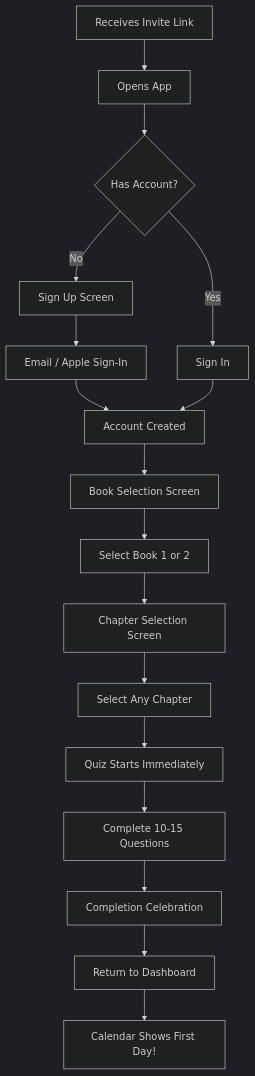
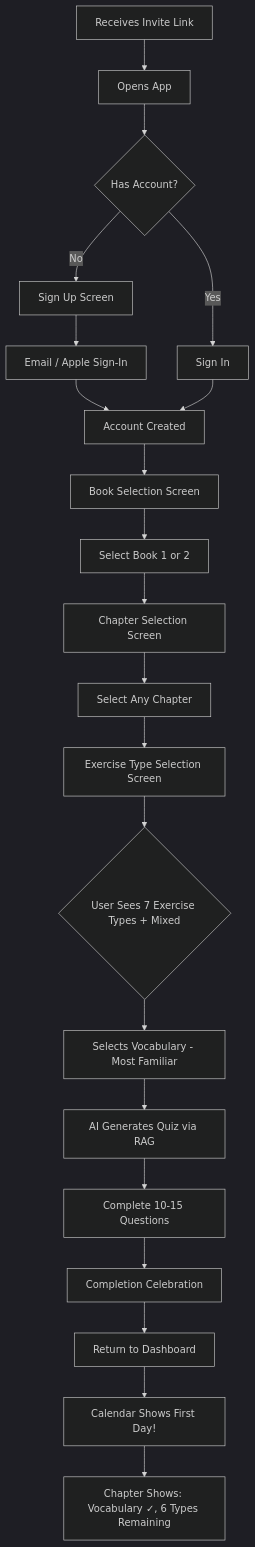
The first of 5 diagrams in _bmad-output/planning-artifacts/ux-design-specification.md (max8989/dangdai-app), drawn with Mermaid (dark theme) before and after one commit. The commit also changed other lines of this file, not shown here.

````diff
--- a/_bmad-output/planning-artifacts/ux-design-specification.md
+++ b/_bmad-output/planning-artifacts/ux-design-specification.md
@@ -575,19 +608,23 @@
 ```mermaid
 flowchart TD
     A[Receives Invite Link] --> B[Opens App]
     B --> C{Has Account?}
     C -->|No| D[Sign Up Screen]
     C -->|Yes| E[Sign In]
     D --> F[Email / Apple Sign-In]
     F --> G[Account Created]
     E --> G
     G --> H[Book Selection Screen]
     H --> I[Select Book 1 or 2]
     I --> J[Chapter Selection Screen]
     J --> K[Select Any Chapter]
-    K --> L[Quiz Starts Immediately]
-    L --> M[Complete 10-15 Questions]
-    M --> N[Completion Celebration]
-    N --> O[Return to Dashboard]
-    O --> P[Calendar Shows First Day!]
+    K --> L[Exercise Type Selection Screen]
+    L --> M{User Sees 7 Exercise Types + Mixed}
+    M --> N[Selects Vocabulary - Most Familiar]
+    N --> O[AI Generates Quiz via RAG]
+    O --> P[Complete 10-15 Questions]
+    P --> Q[Completion Celebration]
+    Q --> R[Return to Dashboard]
+    R --> S[Calendar Shows First Day!]
+    S --> T[Chapter Shows: Vocabulary ✓, 6 Types Remaining]
 ```
````
